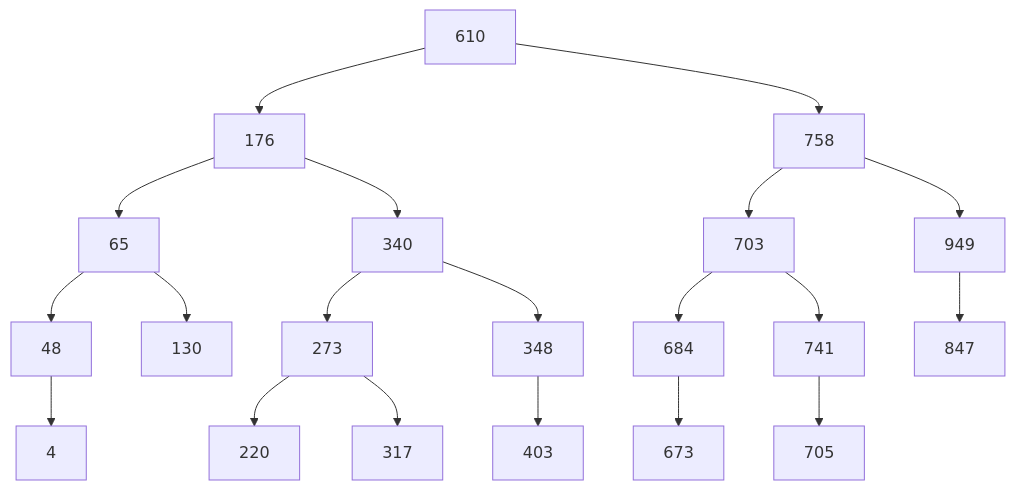
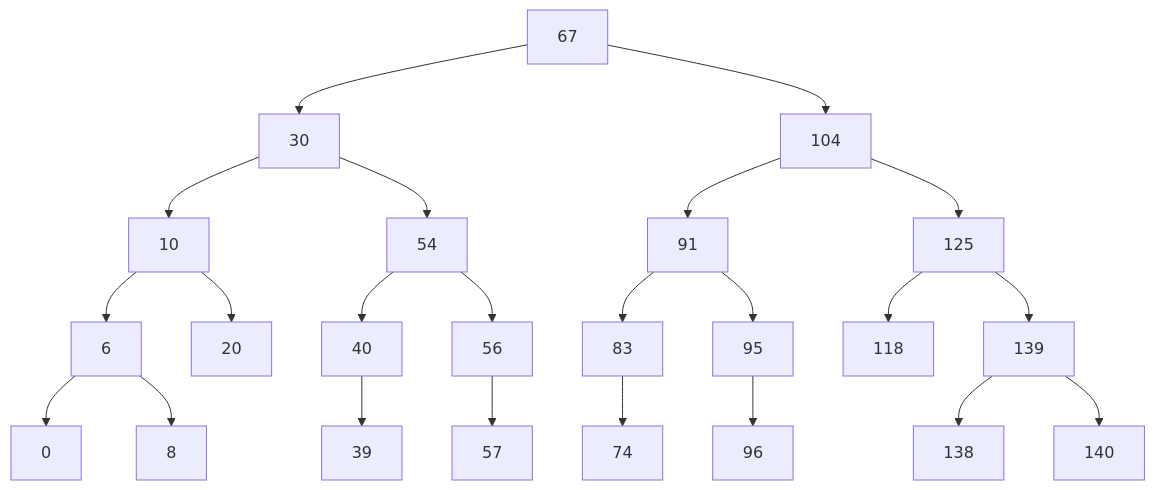
The diagram in hugo/content/tasks/binary.md (LDmitryLD/hugo), drawn with Mermaid before and after one commit. The commit also changed other lines of this file and 17 other files, not shown here.

```diff
--- a/hugo/content/tasks/binary.md
+++ b/hugo/content/tasks/binary.md
@@ -121,23 +125,27 @@
 {{< mermaid >}}
 graph TD
-610 --> 176
-176 --> 65
-65 --> 48
-48 --> 4
-65 --> 130
-176 --> 340
-340 --> 273
-273 --> 220
-273 --> 317
-340 --> 348
-348 --> 403
-610 --> 758
-758 --> 703
-703 --> 684
-684 --> 673
-703 --> 741
-741 --> 705
-758 --> 949
-949 --> 847
+67 --> 30
+30 --> 10
+10 --> 6
+6 --> 0
+6 --> 8
+10 --> 20
+30 --> 54
+54 --> 40
+40 --> 39
+54 --> 56
+56 --> 57
+67 --> 104
+104 --> 91
+91 --> 83
+83 --> 74
+91 --> 95
+95 --> 96
+104 --> 125
+125 --> 118
+125 --> 139
+139 --> 138
+139 --> 140
+
 
 {{< /mermaid >}}
```
